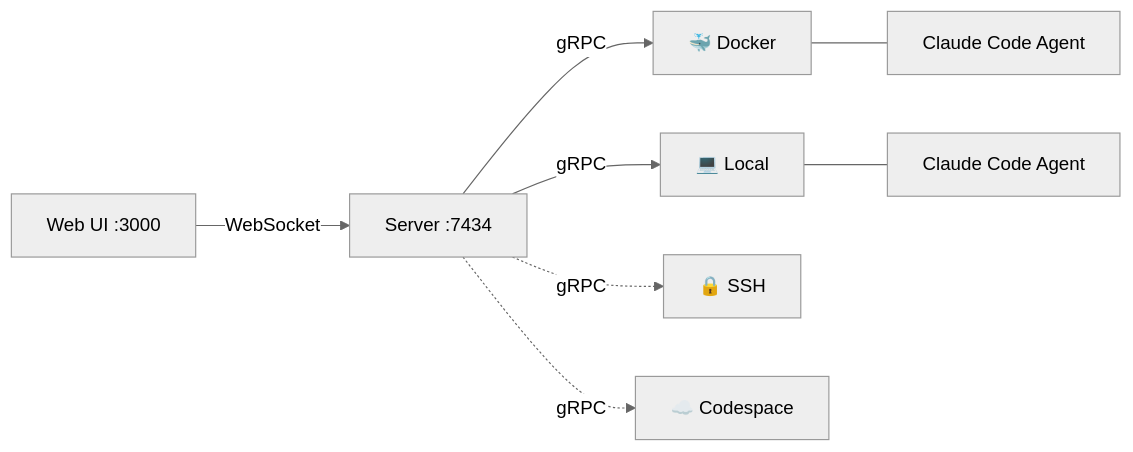
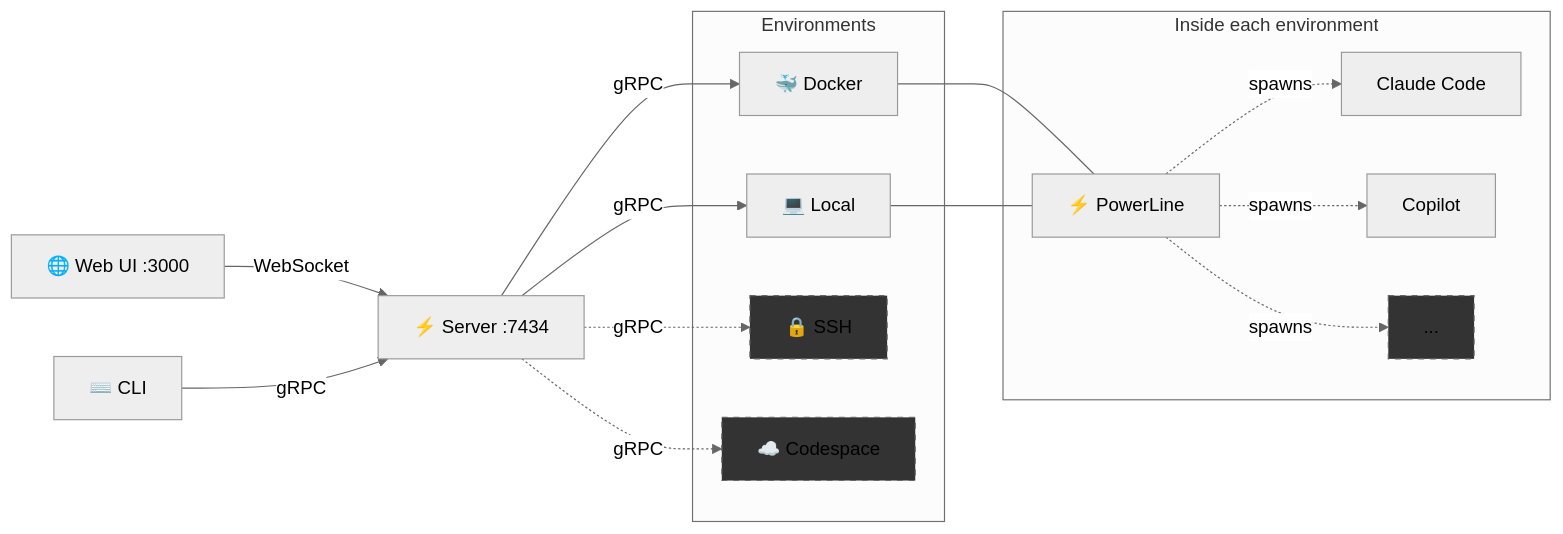
One commit to nick-pape/grackle changed the fifth of 5 diagrams in README.md. Above: the diagram before and after it, drawn with Mermaid (neutral theme). The commit also changed other lines of this file, not shown here.

````diff
--- a/README.md
+++ b/README.md
@@ -9,19 +76,31 @@
 ```mermaid
 graph LR
-    UI["Web UI :3000"]
-    Server["Server :7434"]
-
-    Docker["🐳 Docker"]
-    Local["💻 Local"]
-    SSH["🔒 SSH"]
-    CS["☁️ Codespace"]
+    UI["🌐 Web UI :3000"]
+    CLI["⌨️ CLI"]
+    Server["⚡ Server :7434"]
 
     UI -- WebSocket --> Server
-    Server -- gRPC --> Docker
-    Server -- gRPC --> Local
-    Server -. gRPC .-> SSH
-    Server -. gRPC .-> CS
+    CLI -- gRPC --> Server
 
-    Docker --- Agent1["Claude Code Agent"]
-    Local --- Agent2["Claude Code Agent"]
+    subgraph "Environments"
+        Docker["🐳 Docker"]
+        Local["💻 Local"]
+        SSH["🔒 SSH"]
+        CS["☁️ Codespace"]
+    end
+
+    Server -- gRPC --> Docker & Local
+    Server -. gRPC .-> SSH & CS
+
+    subgraph "Inside each environment"
+        PL["⚡ PowerLine"]
+        PL -. spawns .-> CC["Claude Code"]
+        PL -. spawns .-> CP["Copilot"]
+        PL -. spawns .-> More["..."]
+    end
+
+    Docker & Local --- PL
+    style More fill:#333,stroke:#666,stroke-dasharray: 5 5
+    style SSH fill:#333,stroke:#666,stroke-dasharray: 5 5
+    style CS fill:#333,stroke:#666,stroke-dasharray: 5 5
 ```
````
